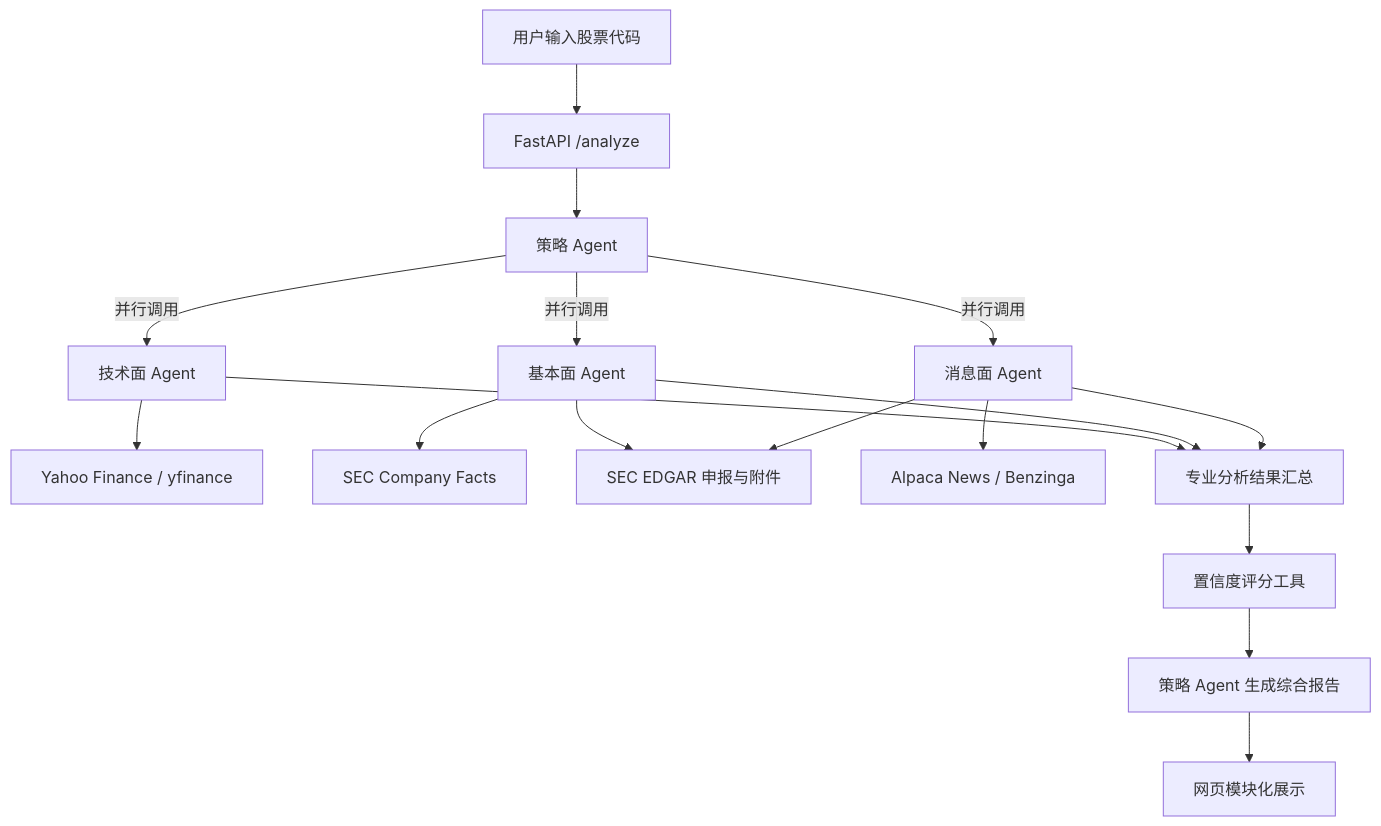
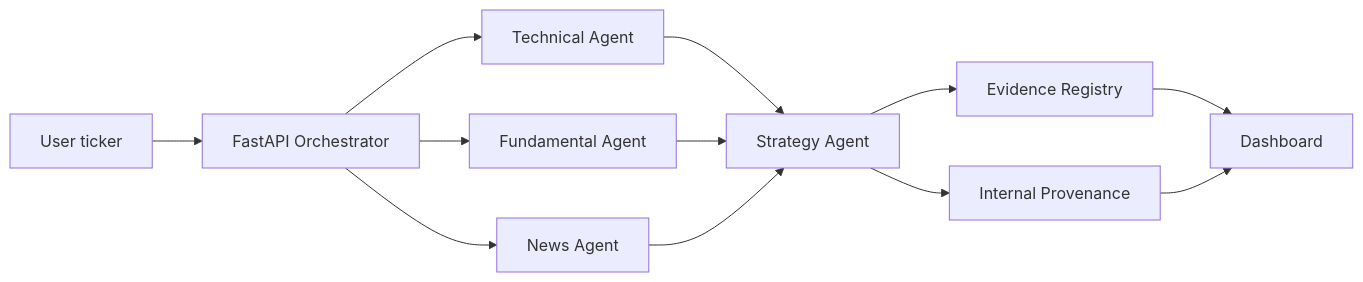
Before and after one commit to christinezhao030816/us-stock-agent: the diagram in README.md, drawn with Mermaid. The commit also changed other lines of this file and 4 other files, not shown here.

````diff
--- a/README.md
+++ b/README.md
@@ -40,23 +38,14 @@
 ```mermaid
-flowchart TD
-    U["用户输入股票代码"] --> API["FastAPI /analyze"]
-    API --> S["策略 Agent"]
-
-    S -->|并行调用| T["技术面 Agent"]
-    S -->|并行调用| F["基本面 Agent"]
-    S -->|并行调用| N["消息面 Agent"]
-
-    T --> Y["Yahoo Finance / yfinance"]
-    F --> CF["SEC Company Facts"]
-    F --> ED["SEC EDGAR 申报与附件"]
-    N --> AN["Alpaca News / Benzinga"]
-    N --> ED
-
-    T --> M["专业分析结果汇总"]
-    F --> M
-    N --> M
-
-    M --> C["置信度评分工具"]
-    C --> R["策略 Agent 生成综合报告"]
-    R --> UI["网页模块化展示"]
+flowchart LR
+    U[User ticker] --> API[FastAPI Orchestrator]
+    API --> T[Technical Agent]
+    API --> F[Fundamental Agent]
+    API --> N[News Agent]
+    T --> S[Strategy Agent]
+    F --> S
+    N --> S
+    S --> E[Evidence Registry]
+    S --> P[Internal Provenance]
+    E --> D[Dashboard]
+    P --> D
 ```
````
